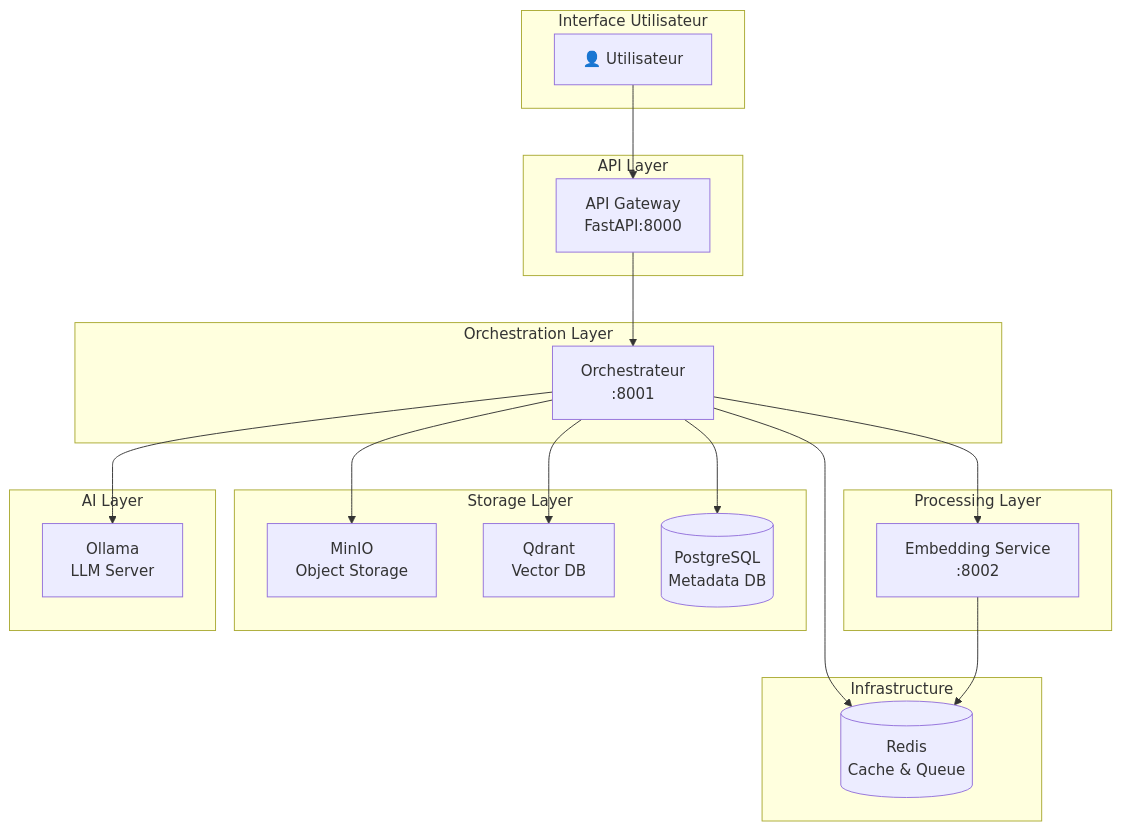
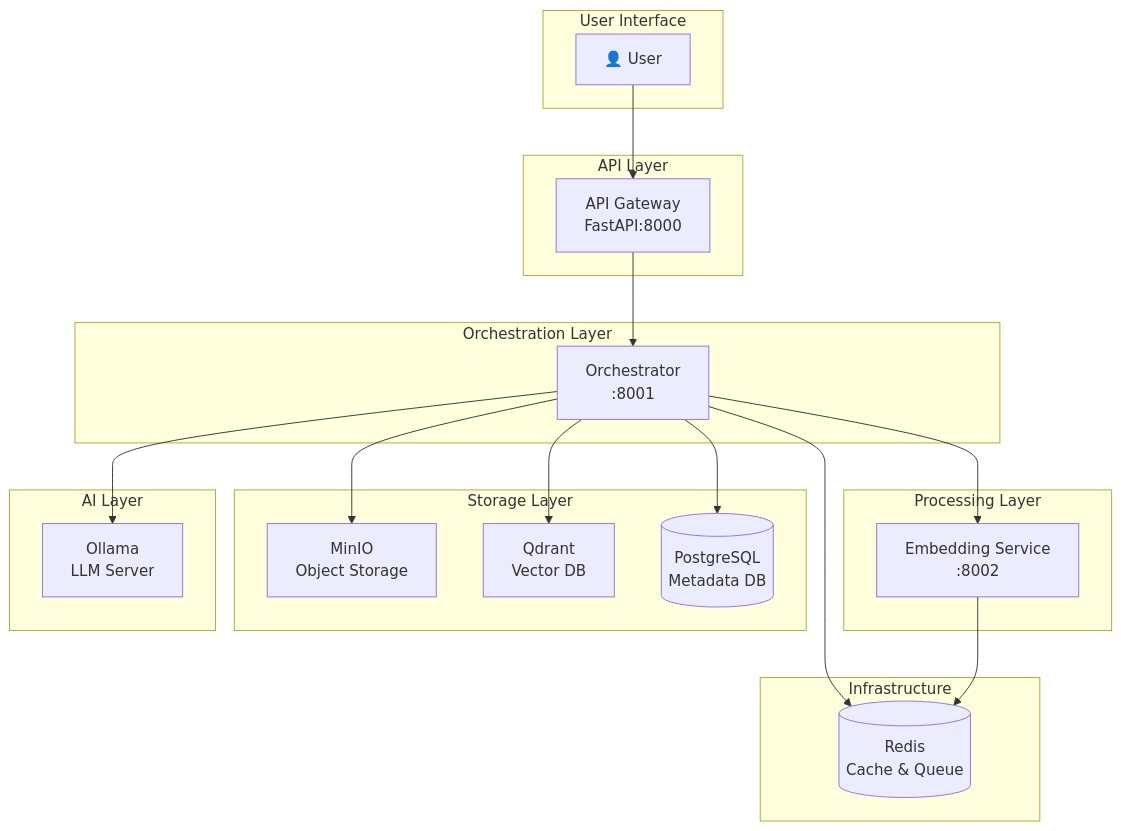
Before and after one commit to 3ntrop1a/openrag: the first of 3 diagrams in docs/architecture.mdx, drawn with Mermaid. The commit also changed other lines of this file and 6 other files, not shown here.

````diff
--- a/docs/architecture.mdx
+++ b/docs/architecture.mdx
@@ -12,42 +12,42 @@
 ```mermaid
 graph TB
-    subgraph "Interface Utilisateur"
-        User[👤 Utilisateur]
+    subgraph "User Interface"
+        User[👤 User]
     end
     
     subgraph "API Layer"
         API[API Gateway<br/>FastAPI:8000]
     end
     
     subgraph "Orchestration Layer"
-        Orch[Orchestrateur<br/>:8001]
+        Orch[Orchestrator<br/>:8001]
     end
     
     subgraph "Processing Layer"
         Embed[Embedding Service<br/>:8002]
     end
     
     subgraph "Storage Layer"
         MinIO[MinIO<br/>Object Storage]
         Qdrant[Qdrant<br/>Vector DB]
         Postgres[(PostgreSQL<br/>Metadata DB)]
     end
     
     subgraph "AI Layer"
         Ollama[Ollama<br/>LLM Server]
     end
     
     subgraph "Infrastructure"
         Redis[(Redis<br/>Cache & Queue)]
     end
     
     User --> API
     API --> Orch
     Orch --> Embed
     Orch --> MinIO
     Orch --> Qdrant
     Orch --> Postgres
     Orch --> Ollama
     Orch --> Redis
     Embed --> Redis
 ```
````
